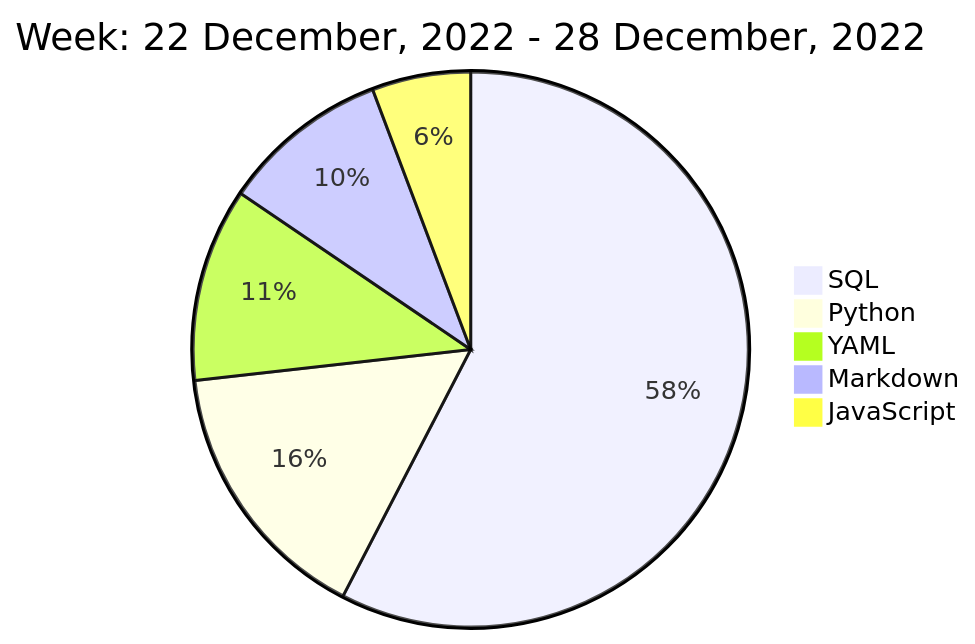
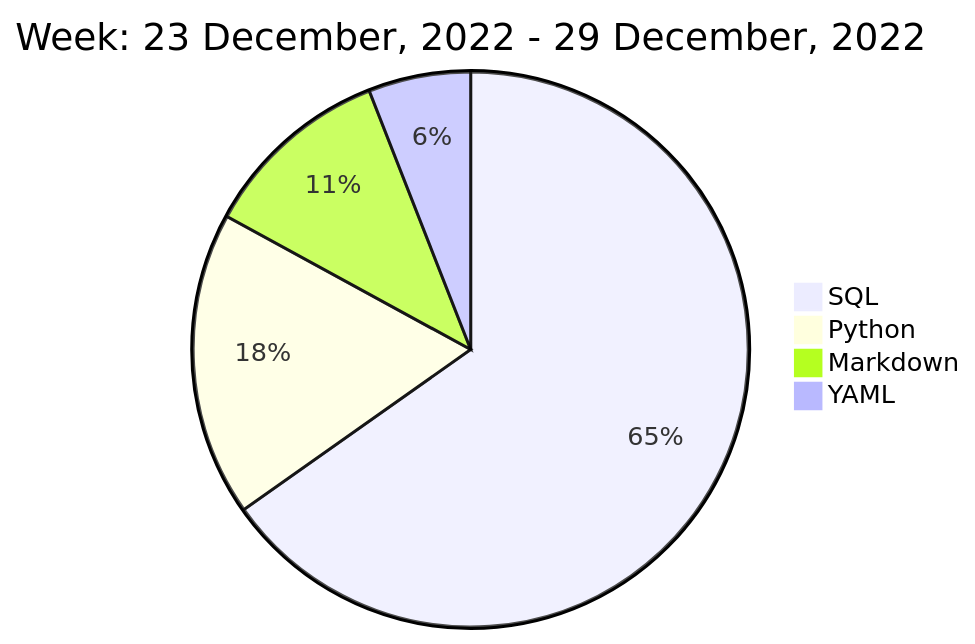
The diagram in README.md (liubin95/liubin95), drawn with Mermaid before and after one commit.

Commit message:
Updated the Graph with new Metrics

````diff
--- a/README.md
+++ b/README.md
@@ -40,9 +40,8 @@
 ```mermaid
  pie
-title Week: 22 December, 2022 - 28 December, 2022
- "SQL" : 5.72
+title Week: 23 December, 2022 - 29 December, 2022
+ "SQL" : 5.7
  "Python" : 1.55
- "YAML" : 1.12
  "Markdown" : 0.97
- "JavaScript" : 0.57
+ "YAML" : 0.52
 ```
````
